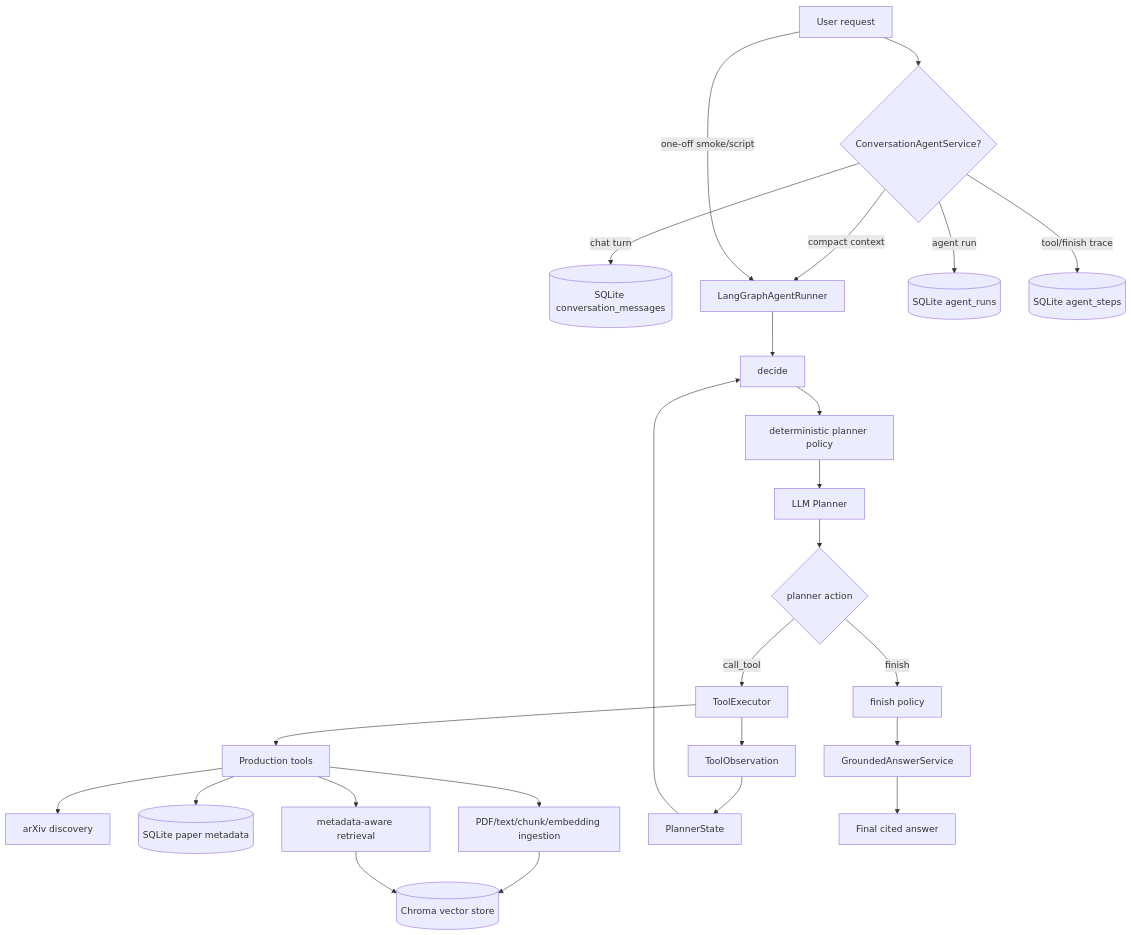
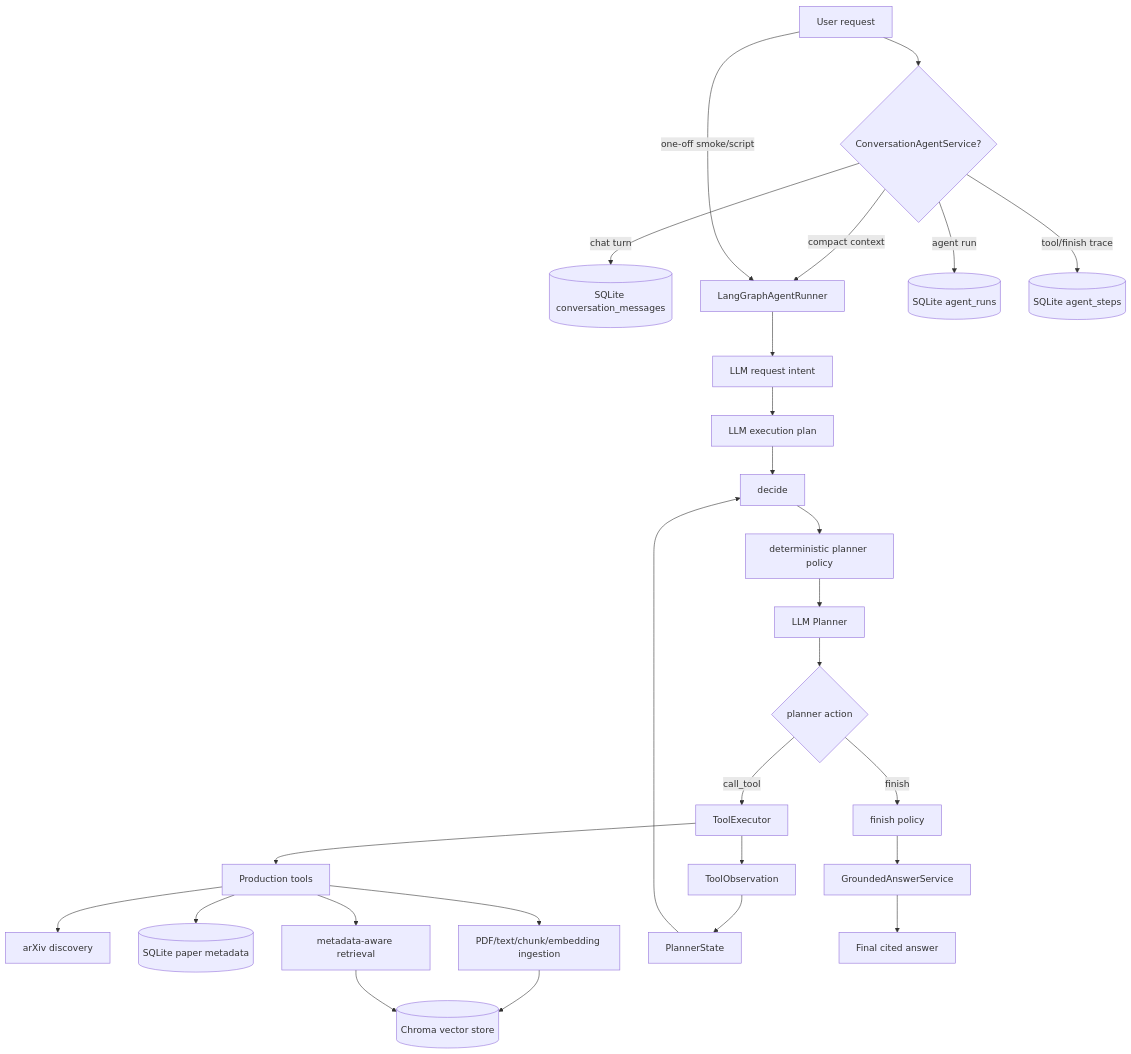
The diagram in README.md (kdnehihi/agentic-AI-research-assistant), drawn with Mermaid before and after one commit. The commit also changed other lines of this file and 13 other files, not shown here.

````diff
--- a/README.md
+++ b/README.md
@@ -121,32 +127,34 @@
 ```mermaid
 flowchart TD
     user[User request] --> service{ConversationAgentService?}
     service -->|chat turn| messages[(SQLite conversation_messages)]
     service -->|compact context| lg_runner[LangGraphAgentRunner]
     user -->|one-off smoke/script| lg_runner
 
-    lg_runner --> decide[decide]
+    lg_runner --> intent[LLM request intent]
+    intent --> plan[LLM execution plan]
+    plan --> decide[decide]
     decide --> policy[deterministic planner policy]
     policy --> planner[LLM Planner]
     planner --> action{planner action}
 
     action -->|call_tool| executor[ToolExecutor]
     executor --> tools[Production tools]
     tools --> arxiv[arXiv discovery]
     tools --> kb[(SQLite paper metadata)]
     tools --> ingest[PDF/text/chunk/embedding ingestion]
     ingest --> vector[(Chroma vector store)]
     tools --> retrieval[metadata-aware retrieval]
     retrieval --> vector
 
     executor --> observation[ToolObservation]
     observation --> state[PlannerState]
     state --> decide
 
     action -->|finish| finish[finish policy]
     finish --> answer[GroundedAnswerService]
     answer --> final[Final cited answer]
 
     service -->|agent run| runs[(SQLite agent_runs)]
     service -->|tool/finish trace| steps[(SQLite agent_steps)]
 ```
````
